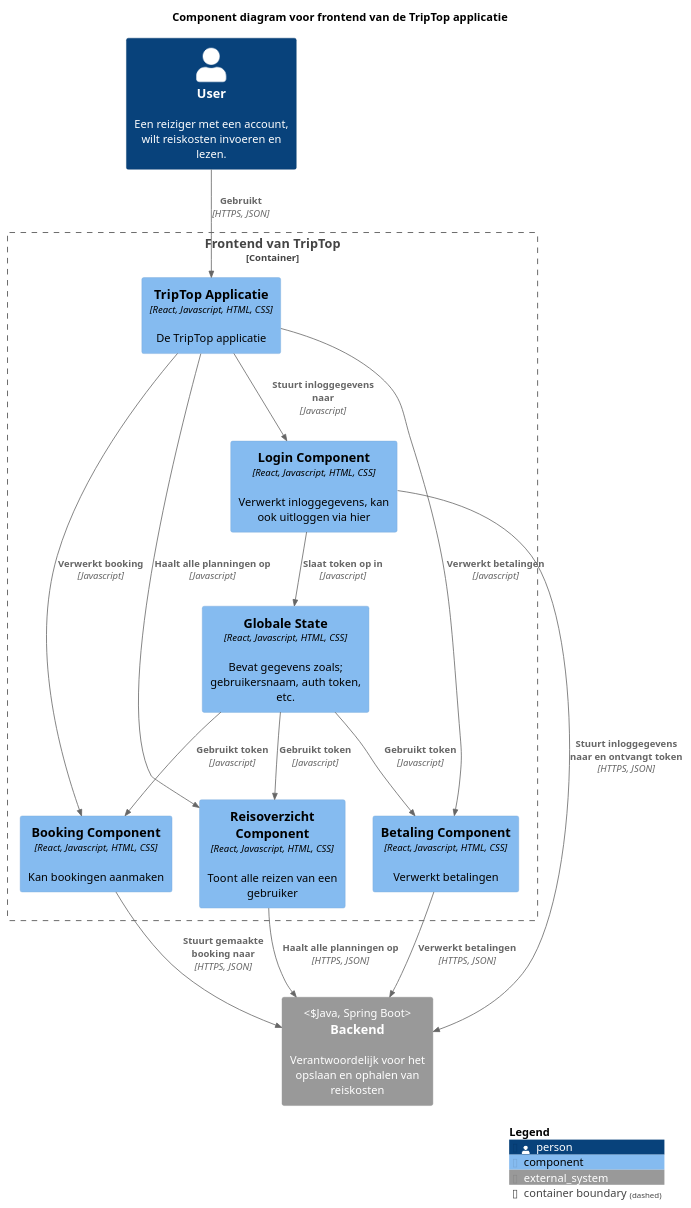
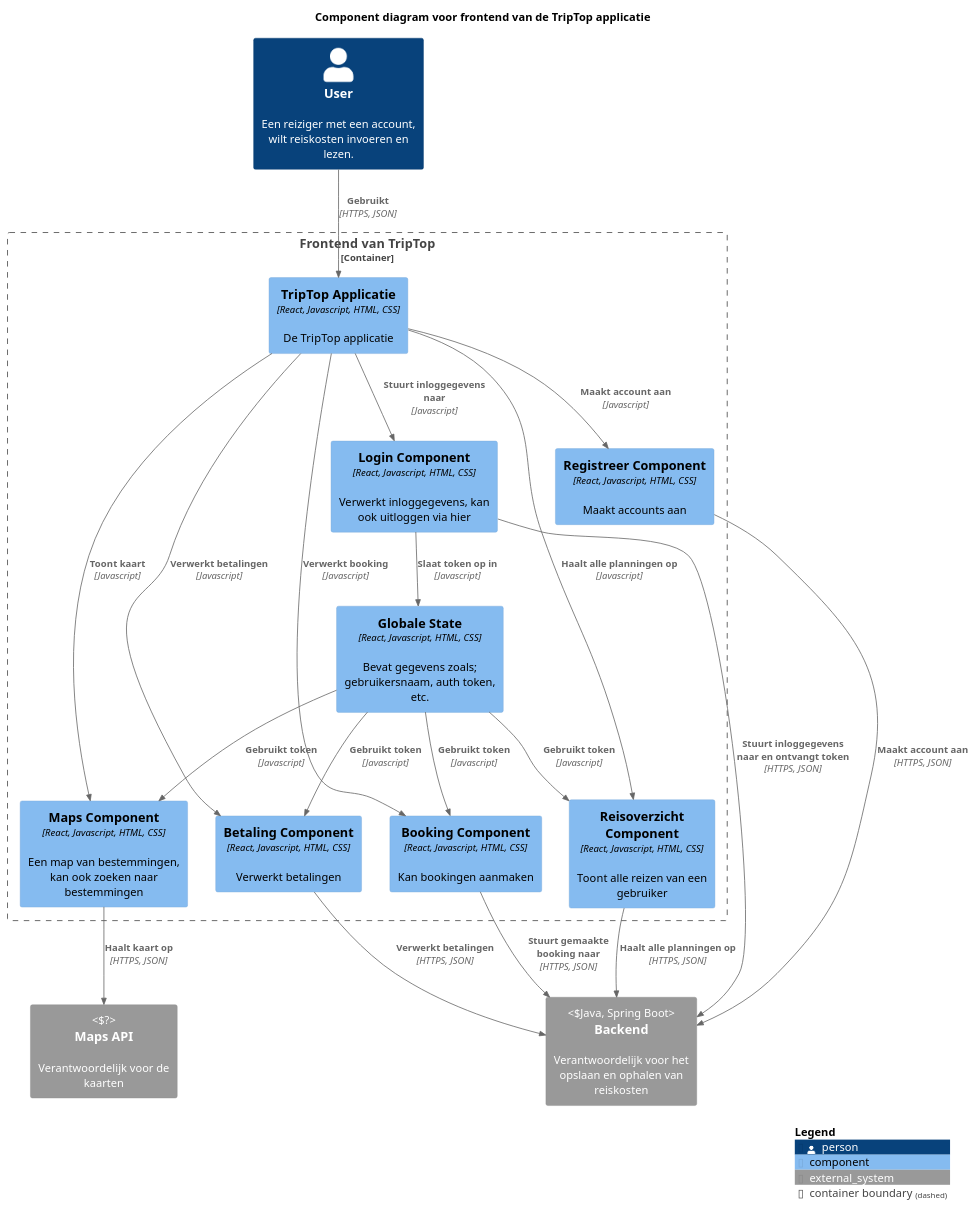
One commit to AIM-ENE-feb25/triptop-groep-b6 changed the diagram in gemaakte-werk-daniel/week-2/les-1/les/TripTop-frontend-component.puml. Above: the diagram before and after it, drawn with PlantUML.

```diff
--- a/gemaakte-werk-daniel/week-2/les-1/les/TripTop-frontend-component.puml
+++ b/gemaakte-werk-daniel/week-2/les-1/les/TripTop-frontend-component.puml
@@ -1,47 +1,57 @@
 @startuml
 !include https://raw.githubusercontent.com/plantuml-stdlib/C4-PlantUML/master/C4_Component.puml
 ' uncomment the following line and comment the first to use locally
 ' !include C4_Component.puml
 
 LAYOUT_WITH_LEGEND()
 
 title Component diagram voor frontend van de TripTop applicatie
 
 Person(user, "User", "Een reiziger met een account, wilt reiskosten invoeren en lezen." )
 
 Container_Boundary(api, "Frontend van TripTop") {
     Component(login, "Login Component", "React, Javascript, HTML, CSS", "Verwerkt inloggegevens, kan ook uitloggen via hier")
+    Component(registreer, "Registreer Component", "React, Javascript, HTML, CSS", "Maakt accounts aan")
     Component(booking, "Booking Component", "React, Javascript, HTML, CSS", "Kan bookingen aanmaken")
     Component(reisoverzicht, "Reisoverzicht Component", "React, Javascript, HTML, CSS", "Toont alle reizen van een gebruiker")
     Component(betaling, "Betaling Component", "React, Javascript, HTML, CSS", "Verwerkt betalingen")
+    Component(maps, "Maps Component", "React, Javascript, HTML, CSS", "Een map van bestemmingen, kan ook zoeken naar bestemmingen")
     Component(app, "TripTop Applicatie", "React, Javascript, HTML, CSS", "De TripTop applicatie")
 
 '    Component(mappagina, "Map Pagina", "React, Javascript, HTML, CSS", "Toont een kaart met mogelijke bestemmingen")
 '    Component(zoekpagina, "Zoek Pagina", "React, Javascript, HTML, CSS", "Zoeken naar bestemmingen")
 '    Component(overizchtpagina, "Overzicht Pagina", "React, Javascript, HTML, CSS", "Overzicth van de gemaakte planningen")
 '    Component(loginpagina, "Login Pagina", "React, Javascript, HTML, CSS", "Verwerkt inloggegevens, kan ook uitloggen")
 '    Component(registreerpagina, "Registreer Pagina", "React, Javascript, HTML, CSS", "Maakt accounts aan o.b.v. inloggegevens")
 
     Component(globalestate, "Globale State", "React, Javascript, HTML, CSS", "Bevat gegevens zoals; gebruikersnaam, auth token, etc.")
 
     Rel(app, login, "Stuurt inloggegevens naar", "Javascript")
     Rel(login, globalestate, "Slaat token op in", "Javascript")
 
     Rel(globalestate, booking, "Gebruikt token", "Javascript")
+    Rel(globalestate, maps, "Gebruikt token", "Javascript")
     Rel(globalestate, reisoverzicht, "Gebruikt token", "Javascript")
     Rel(globalestate, betaling, "Gebruikt token", "Javascript")
 
     Rel(app, booking, "Verwerkt booking", "Javascript")
+    Rel(app, maps, "Toont kaart", "Javascript")
     Rel(app, reisoverzicht, "Haalt alle planningen op", "Javascript")
     Rel(app, betaling, "Verwerkt betalingen", "Javascript")
+    Rel(app, registreer, "Maakt account aan", "Javascript")
 }
 System_Ext(backend, "Backend", "Verantwoordelijk voor het opslaan en ophalen van reiskosten", "Java, Spring Boot")
+System_Ext(mapsapi, "Maps API", "Verantwoordelijk voor de kaarten", "?")
+
+Rel(maps, mapsapi, "Haalt kaart op", "HTTPS, JSON")
 
 Rel(user, app, "Gebruikt", "HTTPS, JSON")
+
+Rel(registreer, backend, "Maakt account aan", "HTTPS, JSON")
 Rel(login, backend, "Stuurt inloggegevens naar en ontvangt token", "HTTPS, JSON")
 Rel(booking, backend, "Stuurt gemaakte booking naar", "HTTPS, JSON")
 Rel(reisoverzicht, backend, "Haalt alle planningen op", "HTTPS, JSON")
 Rel(betaling, backend, "Verwerkt betalingen", "HTTPS, JSON")
 
 SHOW_LEGEND()
 @enduml
```
